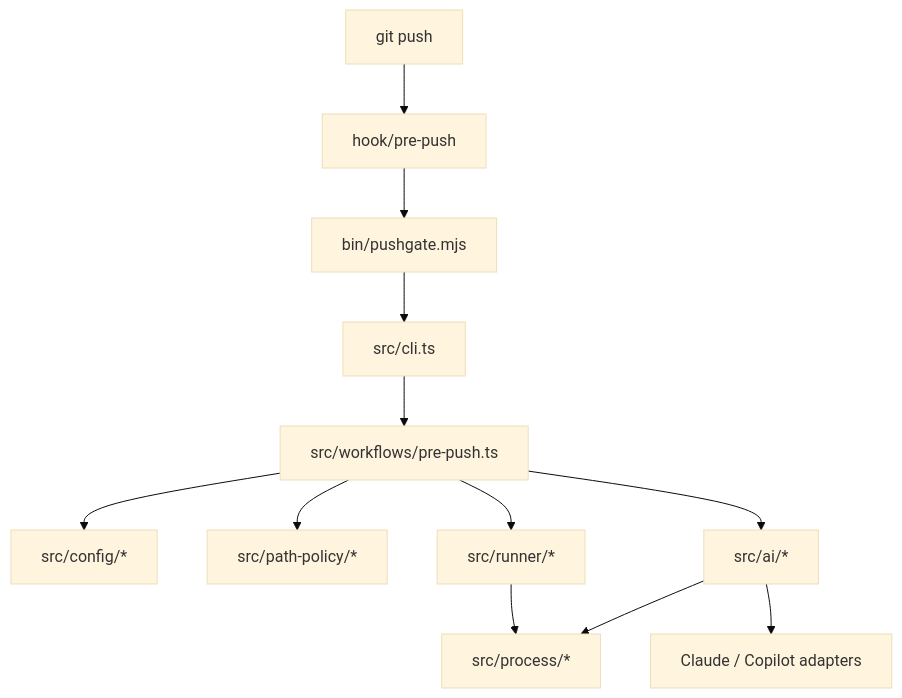
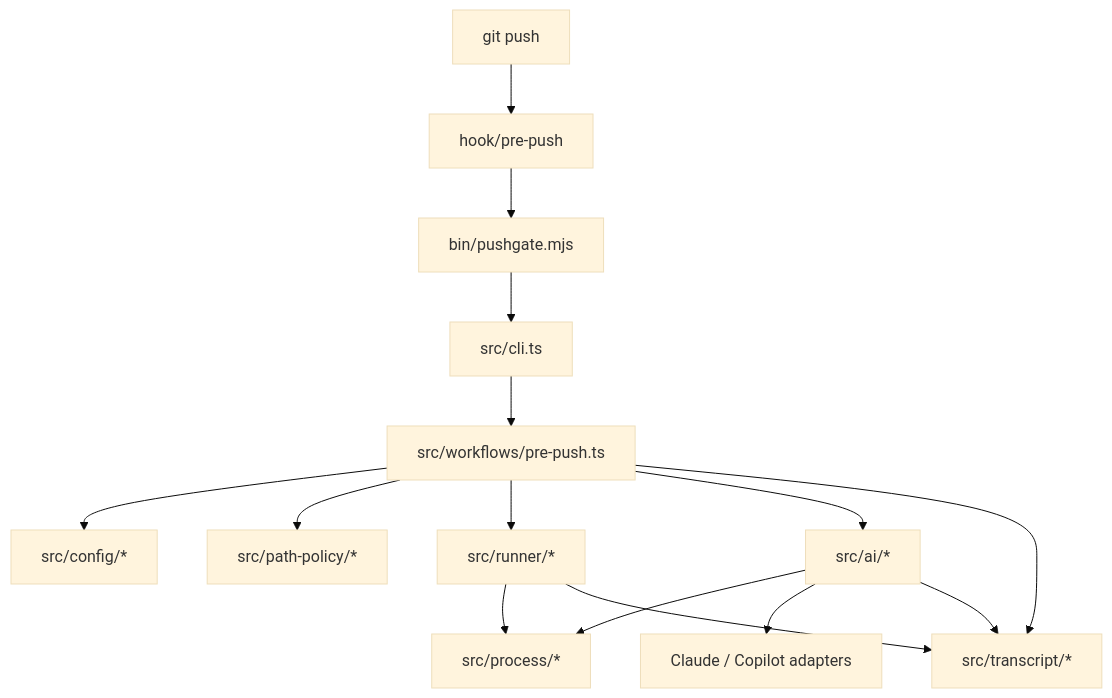
One commit to rootstrap/ai-pushgate changed the diagram in docs/architecture/overview.md. Above: the diagram before and after it, drawn with Mermaid (base theme). The commit also changed other lines of this file and 21 other files, not shown here.

````diff
--- a/docs/architecture/overview.md
+++ b/docs/architecture/overview.md
@@ -24,14 +24,17 @@
 ```mermaid
 flowchart TD
   Push["git push"] --> Hook["hook/pre-push"]
   Hook --> Runner["bin/pushgate.mjs"]
   Runner --> CLI["src/cli.ts"]
   CLI --> Workflow["src/workflows/pre-push.ts"]
   Workflow --> Config["src/config/*"]
   Workflow --> PathPolicy["src/path-policy/*"]
   Workflow --> Deterministic["src/runner/*"]
   Workflow --> AI["src/ai/*"]
   Deterministic --> Process["src/process/*"]
   AI --> Process
   AI --> Providers["Claude / Copilot adapters"]
+  Workflow --> Transcript["src/transcript/*"]
+  Deterministic --> Transcript
+  AI --> Transcript
 ```
````
